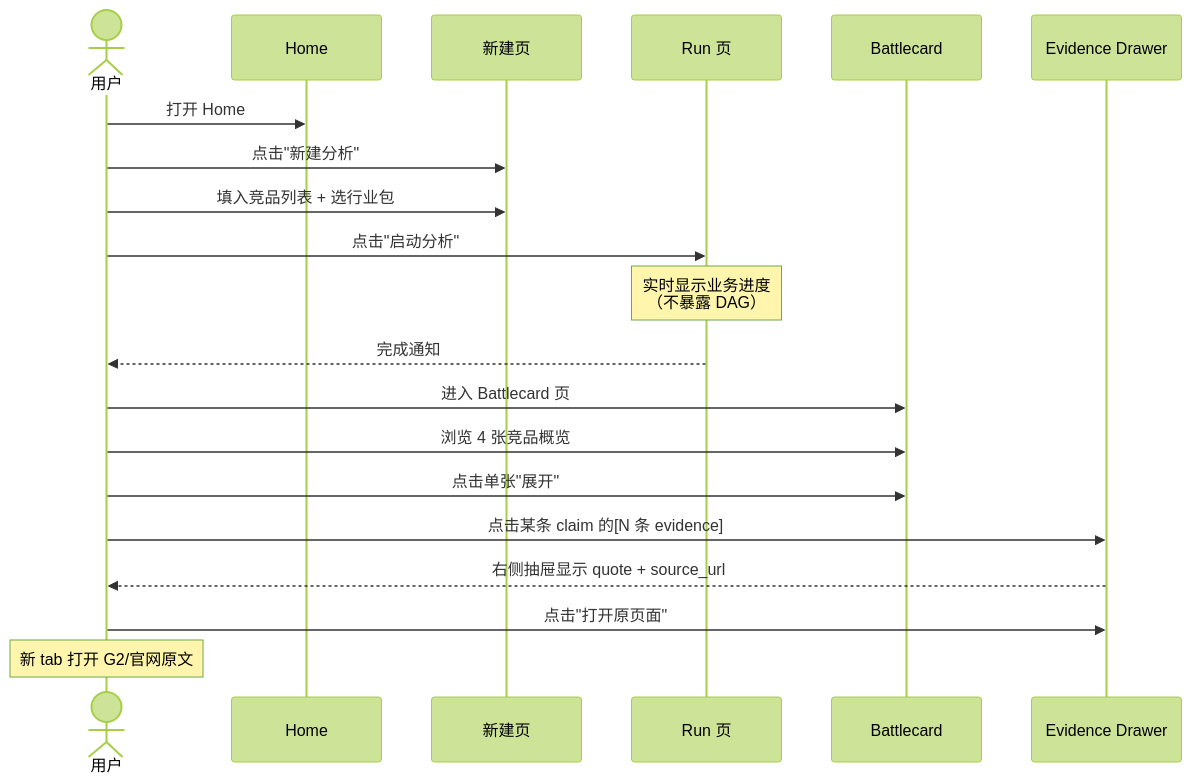
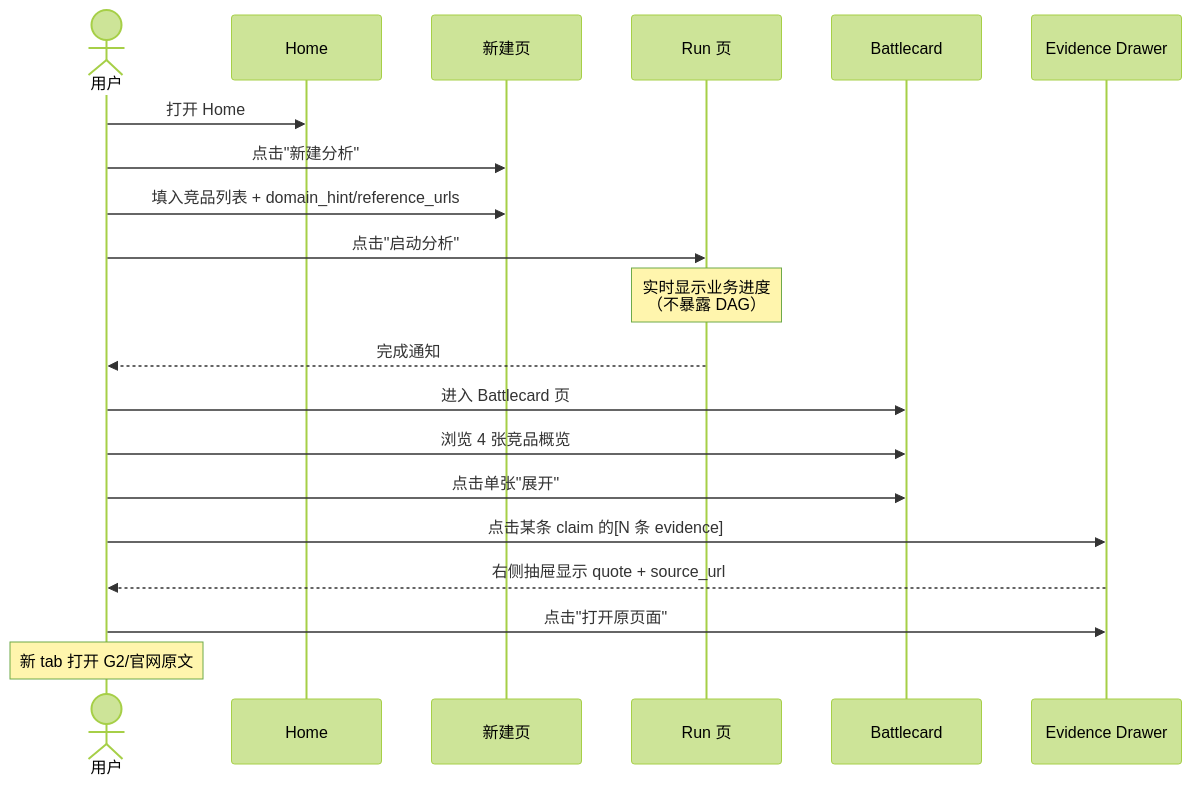
The second of 3 diagrams in docs/1-demo-storyboard.md (wanghong5233/RivalLens), drawn with Mermaid (forest theme) before and after one commit. The commit also changed other lines of this file and 105 other files, not shown here.

````diff
--- a/docs/1-demo-storyboard.md
+++ b/docs/1-demo-storyboard.md
@@ -340,23 +340,23 @@
 ```mermaid
 sequenceDiagram
     actor U as 用户
     participant H as Home
     participant N as 新建页
     participant R as Run 页
     participant B as Battlecard
     participant D as Evidence Drawer
 
     U->>H: 打开 Home
     U->>N: 点击"新建分析"
-    U->>N: 填入竞品列表 + 选行业包
+    U->>N: 填入竞品列表 + domain_hint/reference_urls
     U->>R: 点击"启动分析"
     Note over R: 实时显示业务进度<br/>（不暴露 DAG）
     R-->>U: 完成通知
     U->>B: 进入 Battlecard 页
     U->>B: 浏览 4 张竞品概览
     U->>B: 点击单张"展开"
     U->>D: 点击某条 claim 的[N 条 evidence]
     D-->>U: 右侧抽屉显示 quote + source_url
     U->>D: 点击"打开原页面"
     Note over U: 新 tab 打开 G2/官网原文
 ```
````
